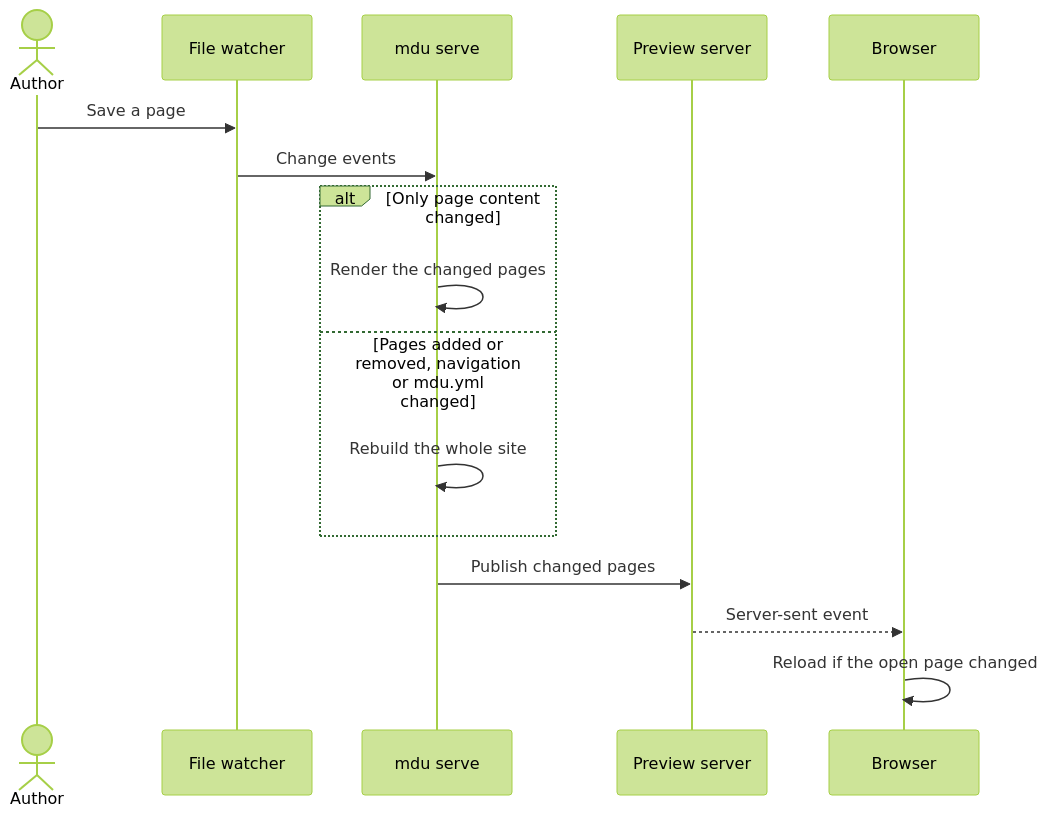
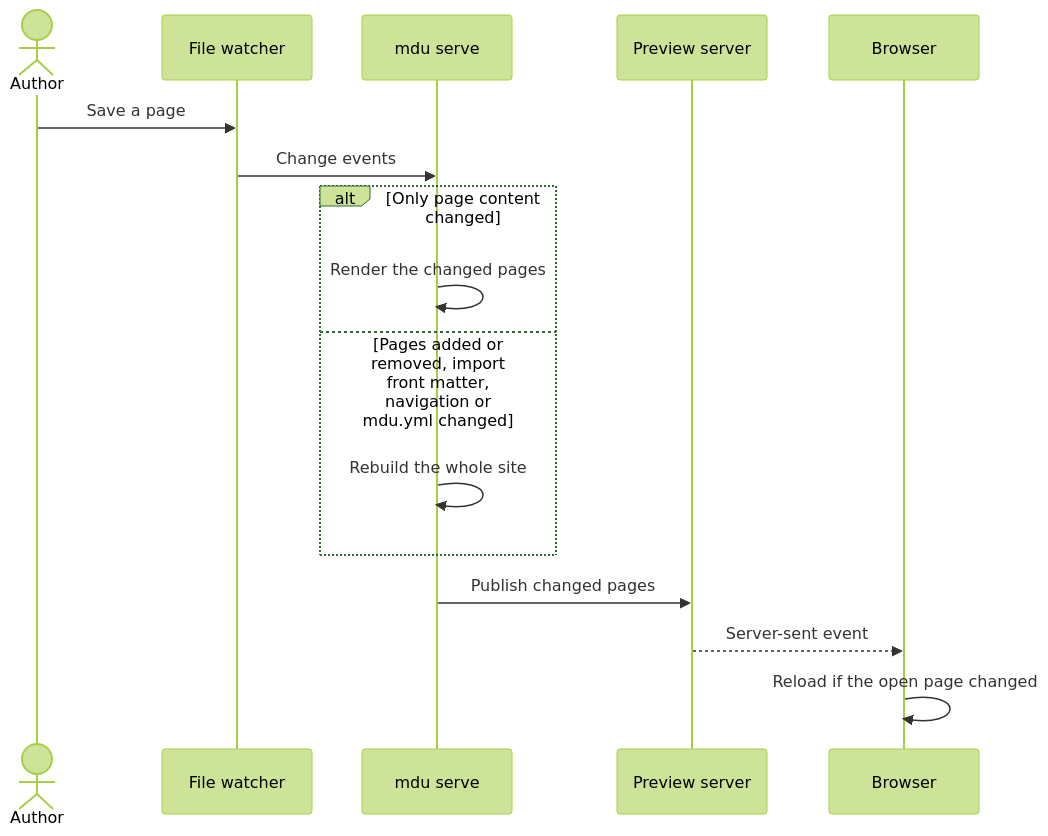
One commit to capjan/markdown-util changed the second of 2 diagrams in Docs/Architecture/Pipeline.md. Above: the diagram before and after it, drawn with Mermaid (forest theme). The commit also changed other lines of this file and 21 other files, not shown here.

````diff
--- a/Docs/Architecture/Pipeline.md
+++ b/Docs/Architecture/Pipeline.md
@@ -82,19 +83,19 @@
 ```mermaid
 sequenceDiagram
     accTitle: Live preview update
     actor Author
     participant Watcher as File watcher
     participant Serve as mdu serve
     participant Server as Preview server
     participant Browser
     Author->>Watcher: Save a page
     Watcher->>Serve: Change events
     alt Only page content changed
         Serve->>Serve: Render the changed pages
-    else Pages added or removed, navigation or mdu.yml changed
+    else Pages added or removed, import front matter, navigation or mdu.yml changed
         Serve->>Serve: Rebuild the whole site
     end
     Serve->>Server: Publish changed pages
     Server-->>Browser: Server-sent event
     Browser->>Browser: Reload if the open page changed
 ```
````
